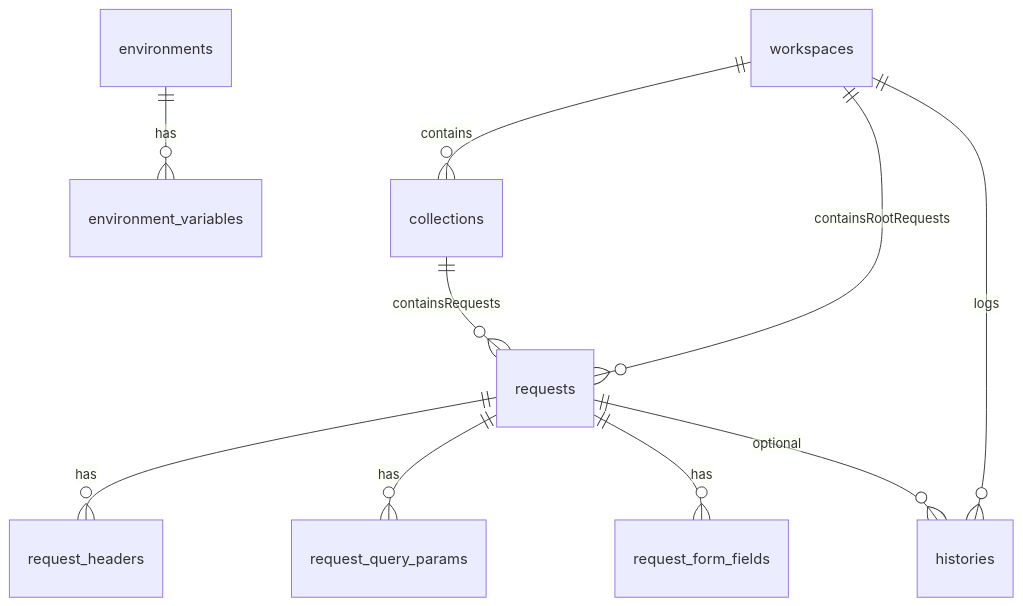
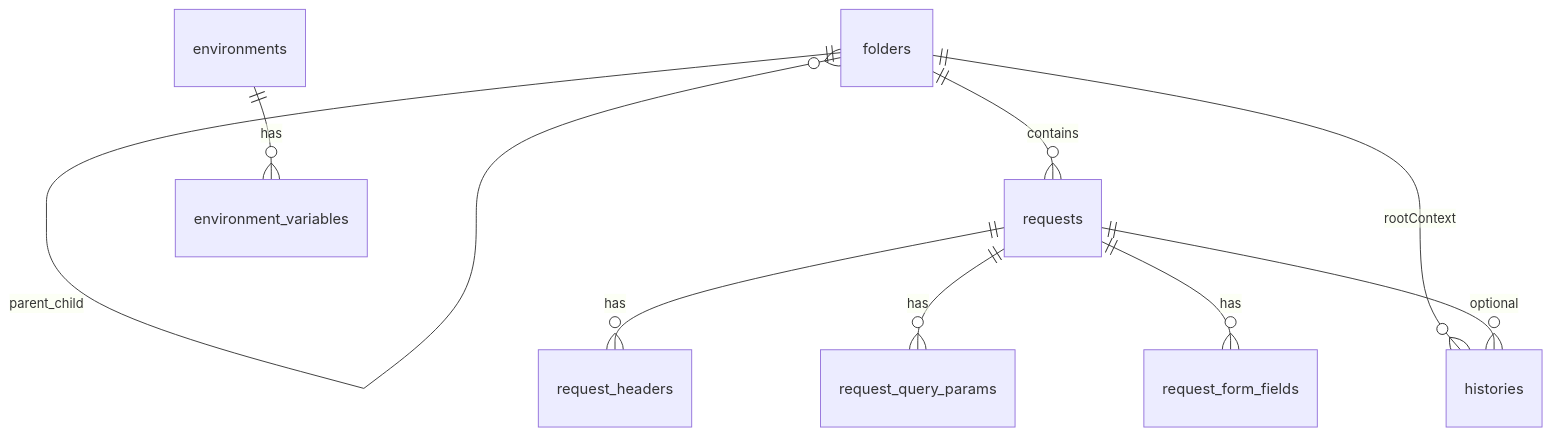
One commit to flytthesky93/PostmanJanai changed the diagram in .cursor/plans/data-model-and-delivery-status.md. Above: the diagram before and after it, drawn with Mermaid. The commit also changed other lines of this file and 75 other files, not shown here.

````diff
--- a/.cursor/plans/data-model-and-delivery-status.md
+++ b/.cursor/plans/data-model-and-delivery-status.md
@@ -185,12 +164,11 @@
 ```mermaid
 erDiagram
-  workspaces ||--o{ collections : contains
-  workspaces ||--o{ requests : containsRootRequests
-  collections ||--o{ requests : containsRequests
+  folders ||--o{ folders : parent_child
+  folders ||--o{ requests : contains
+  folders ||--o{ histories : rootContext
   requests ||--o{ request_headers : has
   requests ||--o{ request_query_params : has
   requests ||--o{ request_form_fields : has
-  workspaces ||--o{ histories : logs
   requests ||--o{ histories : optional
   environments ||--o{ environment_variables : has
 ```
````
